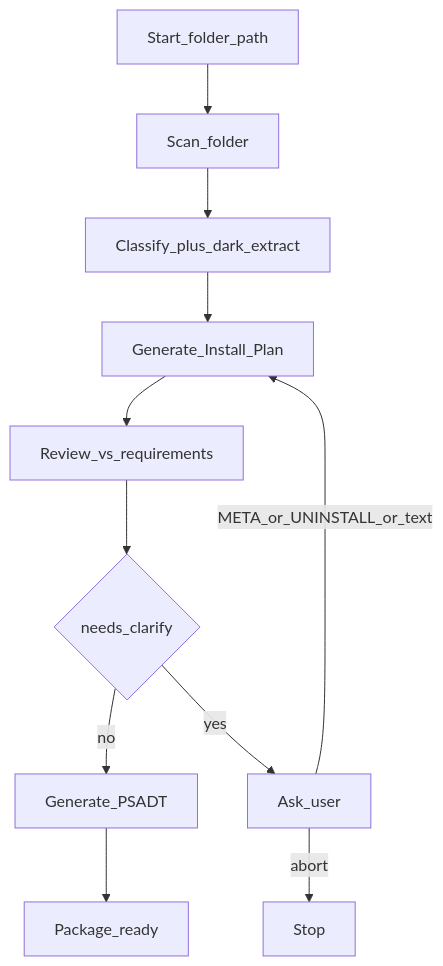
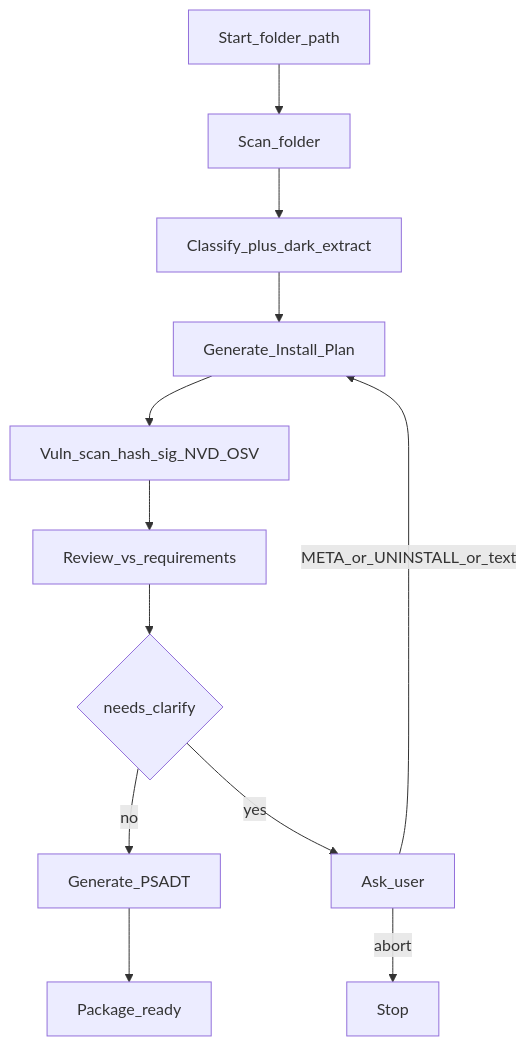
Before and after one commit to crobillard77/Packaging_AI: the second of 2 diagrams in Project_Packaging.md, drawn with Mermaid. The commit also changed other lines of this file and 75 other files, not shown here.

````diff
--- a/Project_Packaging.md
+++ b/Project_Packaging.md
@@ -248,13 +299,14 @@
 ```mermaid
 flowchart TD
   startNode[Start_folder_path] --> scanNode[Scan_folder]
   scanNode --> classifyNode[Classify_plus_dark_extract]
   classifyNode --> planNode[Generate_Install_Plan]
-  planNode --> reviewNode[Review_vs_requirements]
+  planNode --> vulnNode[Vuln_scan_hash_sig_NVD_OSV]
+  vulnNode --> reviewNode[Review_vs_requirements]
   reviewNode --> scoreGate{needs_clarify}
   scoreGate -->|no| generateNode[Generate_PSADT]
   scoreGate -->|yes| clarifyNode[Ask_user]
   clarifyNode -->|META_or_UNINSTALL_or_text| planNode
   clarifyNode -->|abort| endFail[Stop]
   generateNode --> endNode[Package_ready]
 ```
````
